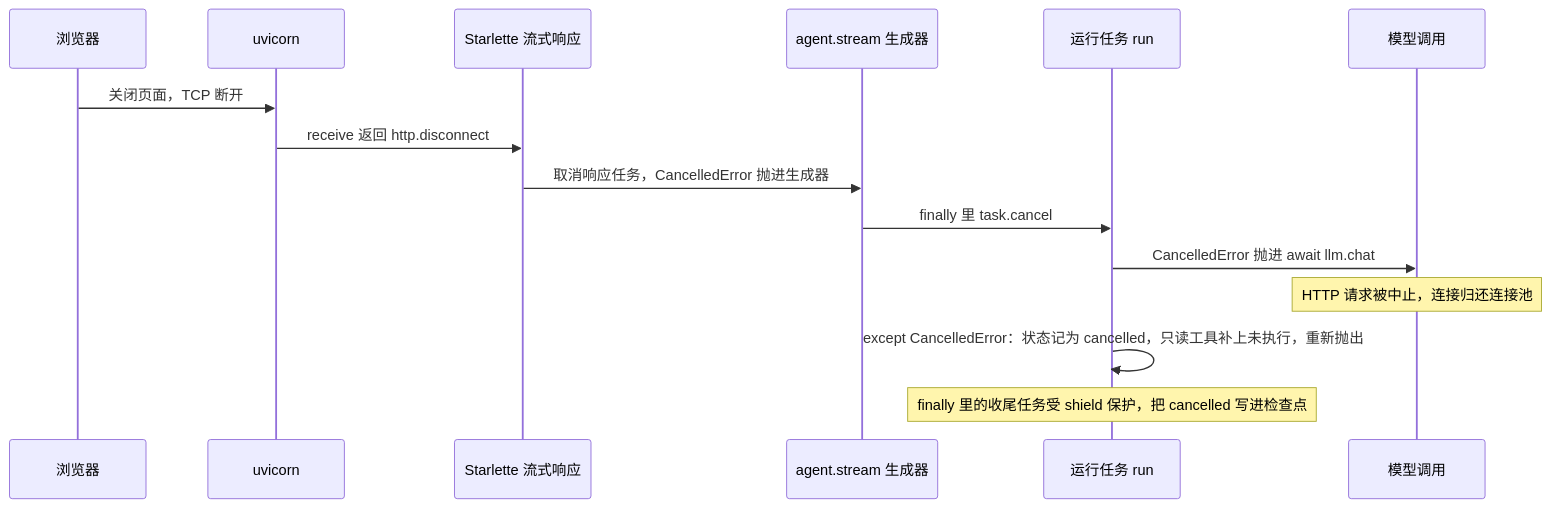
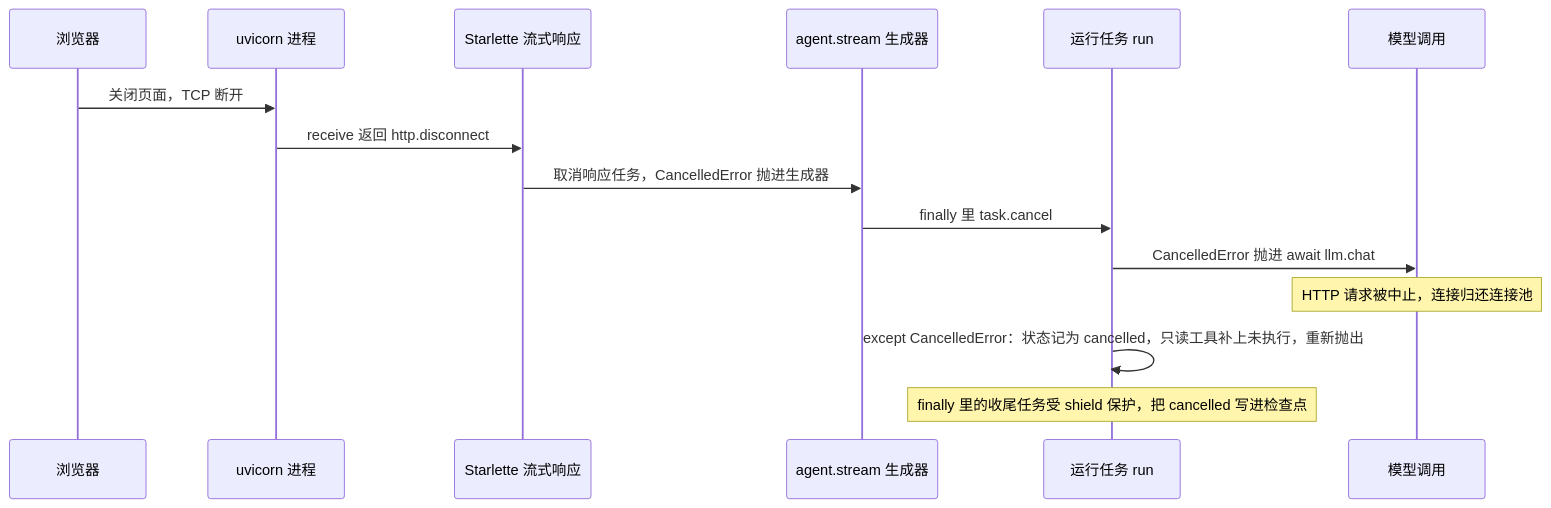
One commit to heaven999b/hello-agent-system changed the second of 3 diagrams in lessons/30_async_runtime/README.md. Above: the diagram before and after it, drawn with Mermaid. The commit also changed other lines of this file and 9 other files, not shown here.

````diff
--- a/lessons/30_async_runtime/README.md
+++ b/lessons/30_async_runtime/README.md
@@ -167,17 +165,17 @@
 ```mermaid
 sequenceDiagram
     participant B as 浏览器
-    participant U as uvicorn
+    participant U as uvicorn 进程
     participant S as Starlette 流式响应
     participant G as agent.stream 生成器
     participant R as 运行任务 run
     participant M as 模型调用
     B->>U: 关闭页面，TCP 断开
     U->>S: receive 返回 http.disconnect
     S->>G: 取消响应任务，CancelledError 抛进生成器
     G->>R: finally 里 task.cancel
     R->>M: CancelledError 抛进 await llm.chat
     Note over M: HTTP 请求被中止，连接归还连接池
     R->>R: except CancelledError：状态记为 cancelled，只读工具补上未执行，重新抛出
     Note over R: finally 里的收尾任务受 shield 保护，把 cancelled 写进检查点
 ```
````
